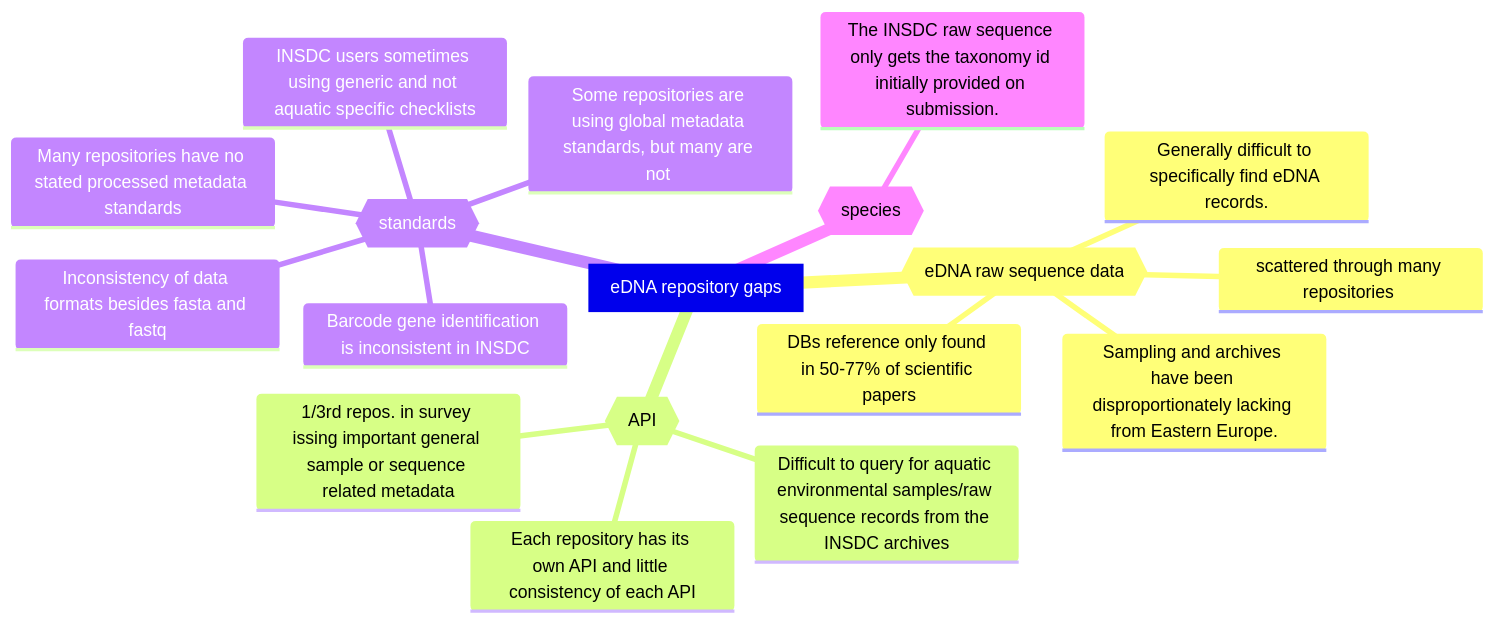
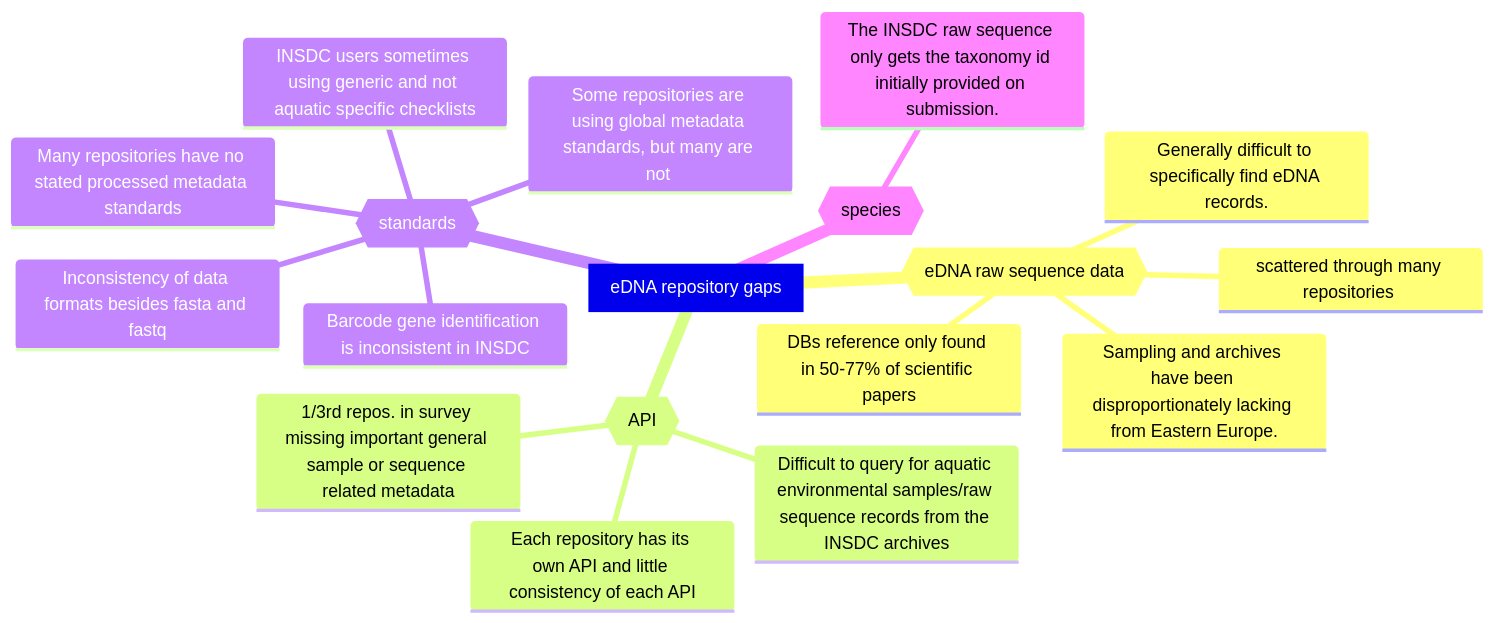
Before and after one commit to eDNAqua-Plan-project/wp2: the diagram in docs/gaps.md, drawn with Mermaid.

Commit message:
docs: trivial fix to gap.md

````diff
--- a/docs/gaps.md
+++ b/docs/gaps.md
@@ -2,25 +2,25 @@
 ```mermaid
 mindmap
   root[eDNA repository gaps]
     {{eDNA raw sequence data}}
     ::icon(fa-solid fa-dna)
       scattered through many repositories 
      DBs reference only found in 50-77% of scientific papers
      Sampling and archives have been disproportionately lacking from Eastern Europe.
      Generally difficult to specifically find eDNA records.
     {{API}}
     ::icon(fa fa-wrench)
         Each repository has its own API and little consistency of each API
         Difficult to query for aquatic environmental samples/raw sequence records from the INSDC archives
-      1/3rd repos. in survey issing important general sample or sequence related metadata
+        1/3rd repos. in survey missing important general sample or sequence related metadata
     {{standards}}
     ::icon(fa-solid fa-language)
         Many repositories have no stated processed metadata standards
         Some repositories are using global metadata standards, but many are not 
         Inconsistency of data formats besides fasta and fastq
         Barcode gene identification is inconsistent in INSDC
         INSDC users sometimes using generic and not aquatic specific checklists
     {{species}}
     ::icon(fa-solid fa-fish)
         The INSDC raw sequence only gets the taxonomy id initially provided on submission.
 ```
````
